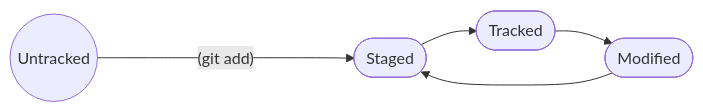
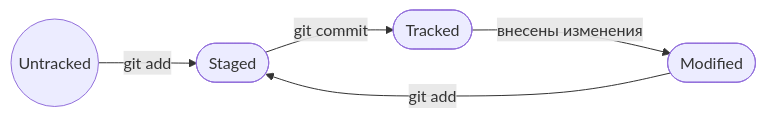
One commit to jjuiiva/homework1 changed the diagram in README.md. Above: the diagram before and after it, drawn with Mermaid.

Commit message:
Попытка 9 исправить неработающую схему

````diff
--- a/README.md
+++ b/README.md
@@ -84,13 +84,13 @@
 ```mermaid
 flowchart LR
 
     A((Untracked))
     B([Staged])
     C([Modified])
     D([Tracked])
 
-    A --(git add)-----> B
-    B --> D
-    D --> C
-    C --> B
+    A --git add--> B
+    B --git commit--> D
+    D --внесены изменения--> C
+    C --git add--> B
 ```
````
